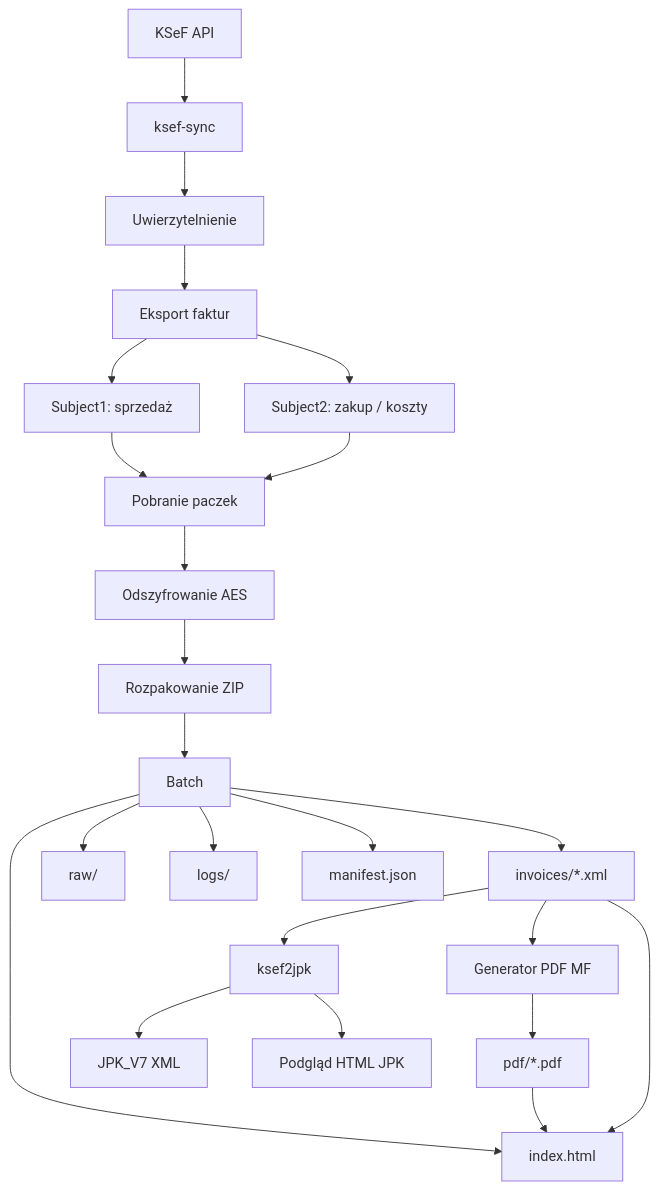
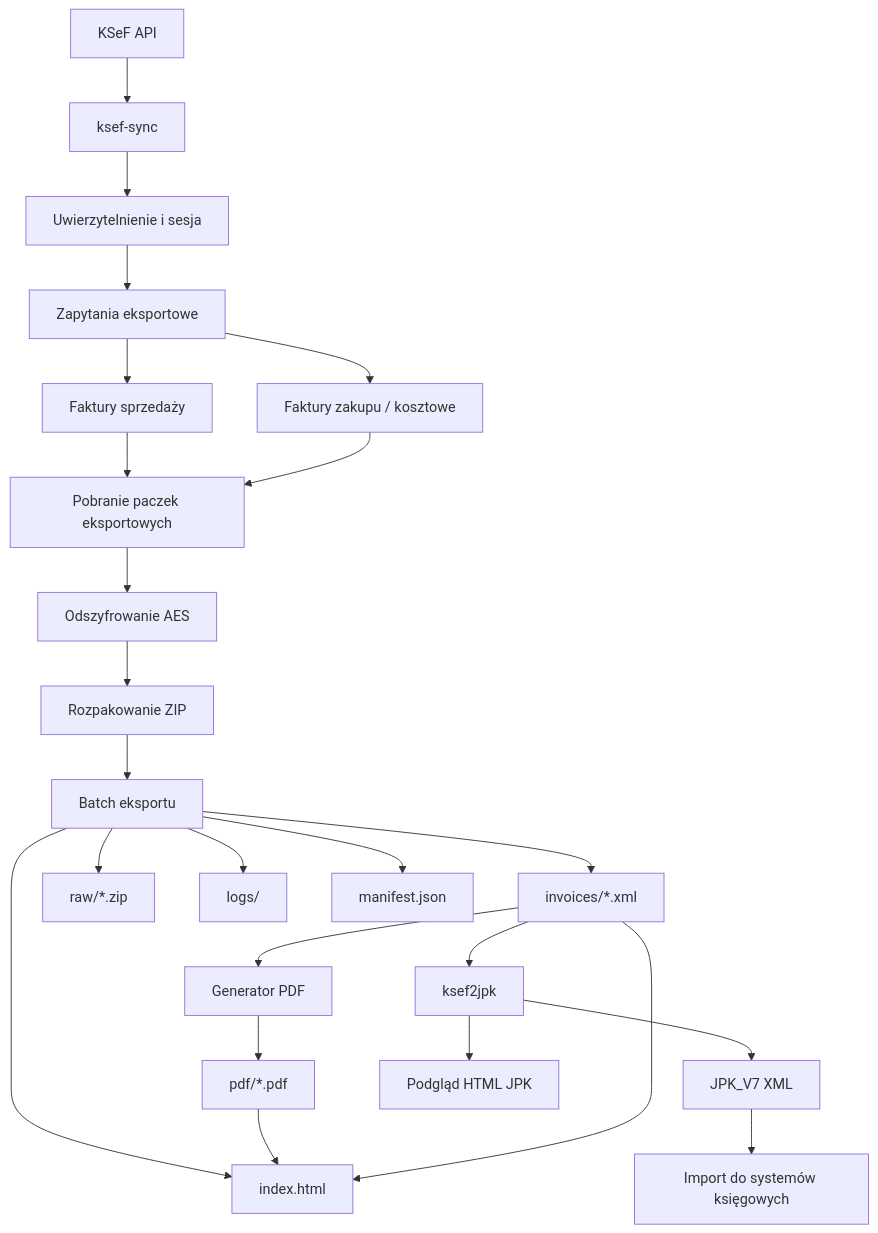
One commit to dariuszpolzer/ksef-sync changed the diagram in README.md. Above: the diagram before and after it, drawn with Mermaid. The commit also changed other lines of this file and 1 other file, not shown here.

````diff
--- a/README.md
+++ b/README.md
@@ -21,34 +52,35 @@
 ```mermaid
 flowchart TD
     A[KSeF API] --> B[ksef-sync]
 
-    B --> C[Uwierzytelnienie]
-    C --> D[Eksport faktur]
+    B --> C[Uwierzytelnienie i sesja]
+    C --> D[Zapytania eksportowe]
 
-    D --> D1[Subject1: sprzedaż]
-    D --> D2[Subject2: zakup / koszty]
+    D --> D1[Faktury sprzedaży]
+    D --> D2[Faktury zakupu / kosztowe]
 
-    D1 --> E[Pobranie paczek]
+    D1 --> E[Pobranie paczek eksportowych]
     D2 --> E
 
     E --> F[Odszyfrowanie AES]
     F --> G[Rozpakowanie ZIP]
 
-    G --> H[Batch]
+    G --> H[Batch eksportu]
 
     H --> I[invoices/*.xml]
-    H --> J[raw/]
+    H --> J[raw/*.zip]
     H --> K[logs/]
     H --> L[manifest.json]
+    H --> M[index.html]
 
-    I --> M[Generator PDF MF]
-    M --> N[pdf/*.pdf]
+    I --> N[Generator PDF]
+    N --> O[pdf/*.pdf]
 
-    I --> O[ksef2jpk]
-    O --> P[JPK_V7 XML]
-    O --> Q[Podgląd HTML JPK]
+    I --> P[ksef2jpk]
+    P --> Q[JPK_V7 XML]
+    P --> R[Podgląd HTML JPK]
 
-    H --> R[index.html]
-    N --> R
-    I --> R
+    O --> M
+    I --> M
+    Q --> S[Import do systemów księgowych]
 ```
````
